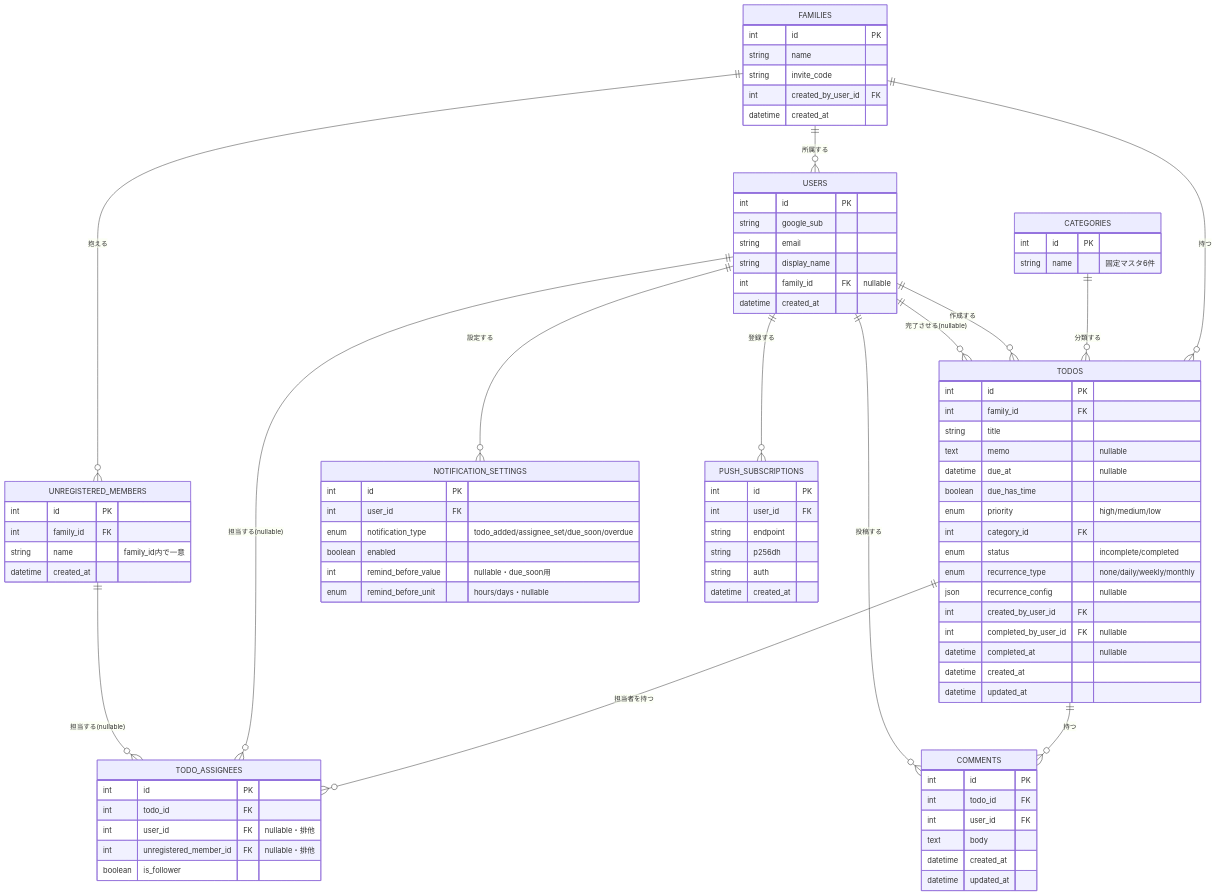
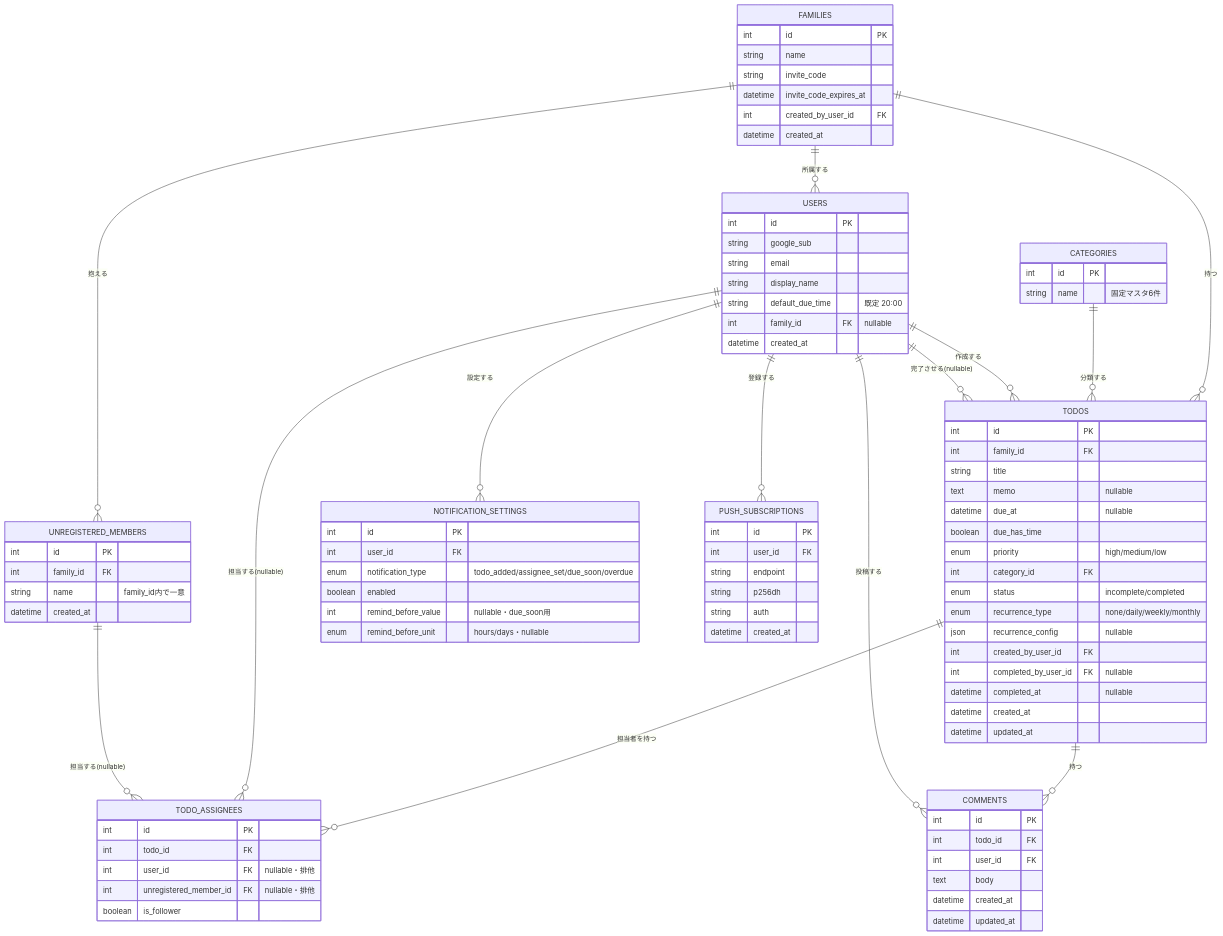
One commit to koekoebaborak27/family-todo changed the diagram in docs/specs/02_basic-design/family-todo/01_データベース.01.mmd. Above: the diagram before and after it, drawn with Mermaid. The commit also changed 17 other files, not shown here.

```diff
--- a/docs/specs/02_basic-design/family-todo/01_データベース.01.mmd
+++ b/docs/specs/02_basic-design/family-todo/01_データベース.01.mmd
@@ -1,90 +1,92 @@
 %%{init: {'theme':'default','themeVariables':{'fontFamily':"'Noto Sans CJK JP', sans-serif"}}}%%
 erDiagram
   FAMILIES ||--o{ USERS : "所属する"
   FAMILIES ||--o{ UNREGISTERED_MEMBERS : "抱える"
   FAMILIES ||--o{ TODOS : "持つ"
   CATEGORIES ||--o{ TODOS : "分類する"
   USERS ||--o{ TODOS : "作成する"
   USERS ||--o{ TODOS : "完了させる(nullable)"
   TODOS ||--o{ TODO_ASSIGNEES : "担当者を持つ"
   USERS ||--o{ TODO_ASSIGNEES : "担当する(nullable)"
   UNREGISTERED_MEMBERS ||--o{ TODO_ASSIGNEES : "担当する(nullable)"
   TODOS ||--o{ COMMENTS : "持つ"
   USERS ||--o{ COMMENTS : "投稿する"
   USERS ||--o{ NOTIFICATION_SETTINGS : "設定する"
   USERS ||--o{ PUSH_SUBSCRIPTIONS : "登録する"
 
   FAMILIES {
     int id PK
     string name
     string invite_code
+    datetime invite_code_expires_at
     int created_by_user_id FK
     datetime created_at
   }
   USERS {
     int id PK
     string google_sub
     string email
     string display_name
+    string default_due_time "既定 20:00"
     int family_id FK "nullable"
     datetime created_at
   }
   UNREGISTERED_MEMBERS {
     int id PK
     int family_id FK
     string name "family_id内で一意"
     datetime created_at
   }
   CATEGORIES {
     int id PK
     string name "固定マスタ6件"
   }
   TODOS {
     int id PK
     int family_id FK
     string title
     text memo "nullable"
     datetime due_at "nullable"
     boolean due_has_time
     enum priority "high/medium/low"
     int category_id FK
     enum status "incomplete/completed"
     enum recurrence_type "none/daily/weekly/monthly"
     json recurrence_config "nullable"
     int created_by_user_id FK
     int completed_by_user_id FK "nullable"
     datetime completed_at "nullable"
     datetime created_at
     datetime updated_at
   }
   TODO_ASSIGNEES {
     int id PK
     int todo_id FK
     int user_id FK "nullable・排他"
     int unregistered_member_id FK "nullable・排他"
     boolean is_follower
   }
   COMMENTS {
     int id PK
     int todo_id FK
     int user_id FK
     text body
     datetime created_at
     datetime updated_at
   }
   NOTIFICATION_SETTINGS {
     int id PK
     int user_id FK
     enum notification_type "todo_added/assignee_set/due_soon/overdue"
     boolean enabled
     int remind_before_value "nullable・due_soon用"
     enum remind_before_unit "hours/days・nullable"
   }
   PUSH_SUBSCRIPTIONS {
     int id PK
     int user_id FK
     string endpoint
     string p256dh
     string auth
     datetime created_at
   }
```
